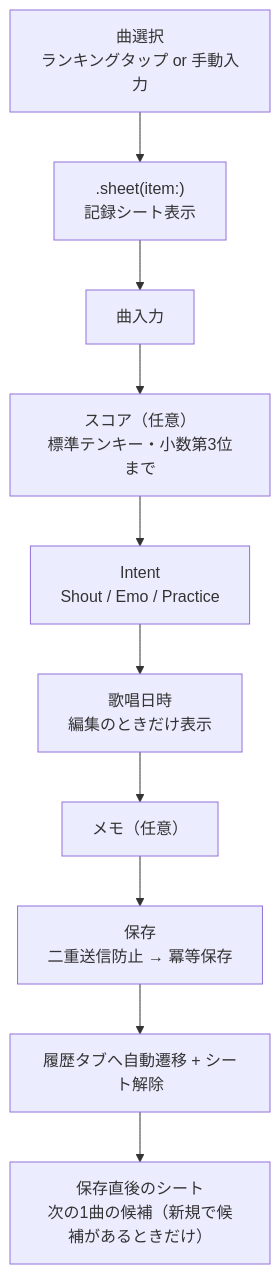
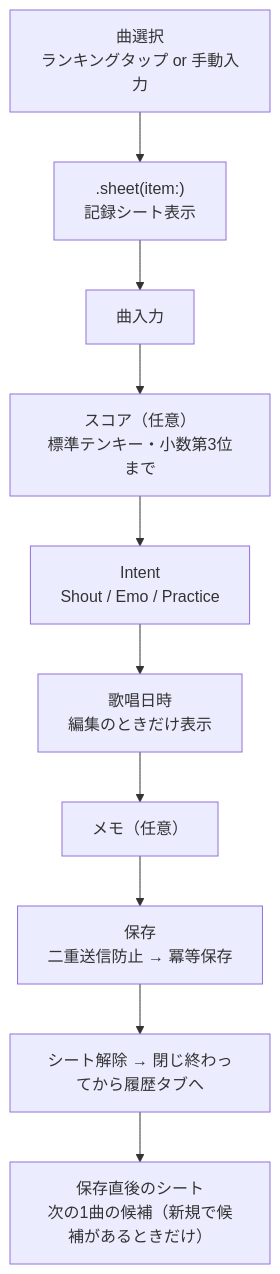
The fourth of 4 diagrams in docs/architecture.md (omomi-moti/Karaoke_support), drawn with Mermaid before and after one commit. The commit also changed other lines of this file and 8 other files, not shown here.

````diff
--- a/docs/architecture.md
+++ b/docs/architecture.md
@@ -157,12 +157,12 @@
 ```mermaid
 flowchart TD
     A["曲選択<br>ランキングタップ or 手動入力"] --> B[".sheet(item:)<br>記録シート表示"]
     B --> C["曲入力"]
     C --> D["スコア（任意）<br>標準テンキー・小数第3位まで"]
     D --> E["Intent<br>Shout / Emo / Practice"]
     E --> F["歌唱日時<br>編集のときだけ表示"]
     F --> G["メモ（任意）"]
     G --> H["保存<br>二重送信防止 → 冪等保存"]
-    H --> I["履歴タブへ自動遷移 + シート解除"]
+    H --> I["シート解除 → 閉じ終わってから履歴タブへ"]
     I --> J["保存直後のシート<br>次の1曲の候補（新規で候補があるときだけ）"]
 ```
````
